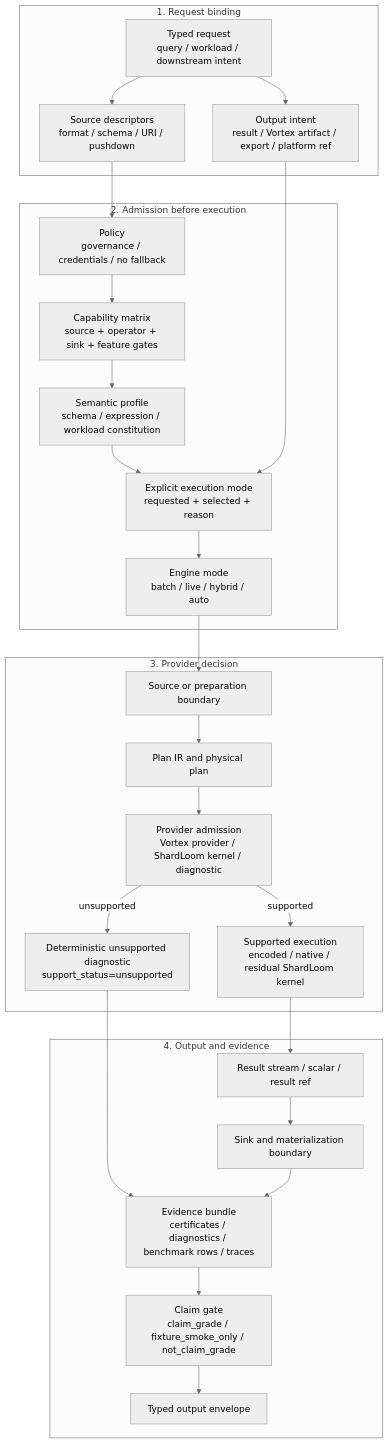
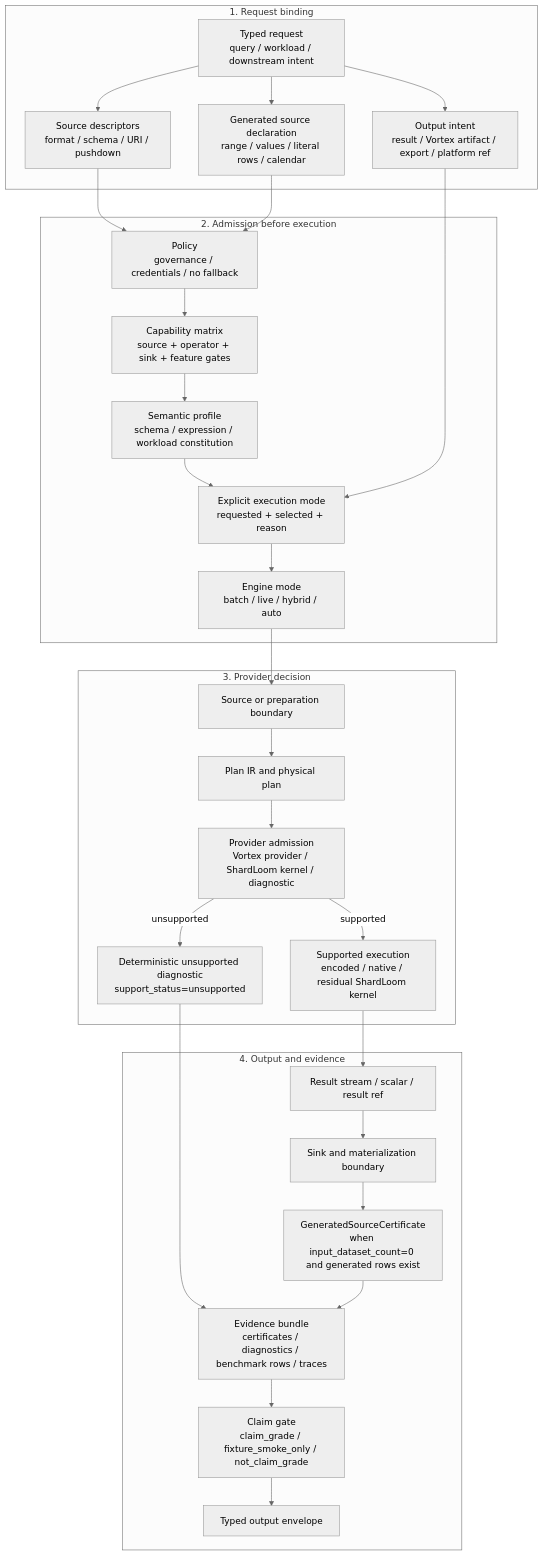
Before and after one commit to depsilon/shardloom: the second of 6 diagrams in website/assets/data/compute-engine-flow-reference.md, drawn with Mermaid (neutral theme). The commit also changed other lines of this file and 98 other files, not shown here.

````diff
--- a/website/assets/data/compute-engine-flow-reference.md
+++ b/website/assets/data/compute-engine-flow-reference.md
@@ -193,41 +207,45 @@
 ```mermaid
 flowchart TD
     subgraph REQUEST_PHASE["1. Request binding"]
         REQUEST["Typed request<br/>query / workload / downstream intent"]
         SOURCE["Source descriptors<br/>format / schema / URI / pushdown"]
+        GENERATED_SOURCE["Generated source declaration<br/>range / values / literal rows / calendar"]
         OUTPUT_INTENT["Output intent<br/>result / Vortex artifact / export / platform ref"]
     end
 
     subgraph ADMISSION_PHASE["2. Admission before execution"]
         POLICY["Policy<br/>governance / credentials / no fallback"]
         CAPABILITY["Capability matrix<br/>source + operator + sink + feature gates"]
         SEMANTICS["Semantic profile<br/>schema / expression / workload constitution"]
         MODE["Explicit execution mode<br/>requested + selected + reason"]
         ENGINE["Engine mode<br/>batch / live / hybrid / auto"]
     end
 
     subgraph EXECUTION_PHASE["3. Provider decision"]
         BOUNDARY["Source or preparation boundary"]
         PLAN["Plan IR and physical plan"]
         ADMISSION["Provider admission<br/>Vortex provider / ShardLoom kernel / diagnostic"]
         DIAGNOSTIC["Deterministic unsupported diagnostic<br/>support_status=unsupported"]
         EXECUTE["Supported execution<br/>encoded / native / residual ShardLoom kernel"]
     end
 
     subgraph OUTPUT_PHASE["4. Output and evidence"]
         RESULT["Result stream / scalar / result ref"]
         SINK["Sink and materialization boundary"]
+        GENERATED_CERT["GeneratedSourceCertificate<br/>when input_dataset_count=0 and generated rows exist"]
         EVIDENCE["Evidence bundle<br/>certificates / diagnostics / benchmark rows / traces"]
         CLAIM["Claim gate<br/>claim_grade / fixture_smoke_only / not_claim_grade"]
         ENVELOPE["Typed output envelope"]
     end
 
     REQUEST --> SOURCE
+    REQUEST --> GENERATED_SOURCE
     REQUEST --> OUTPUT_INTENT
     SOURCE --> POLICY --> CAPABILITY --> SEMANTICS --> MODE --> ENGINE
+    GENERATED_SOURCE --> POLICY
     OUTPUT_INTENT --> MODE
     ENGINE --> BOUNDARY --> PLAN --> ADMISSION
     ADMISSION -->|"unsupported"| DIAGNOSTIC --> EVIDENCE
-    ADMISSION -->|"supported"| EXECUTE --> RESULT --> SINK --> EVIDENCE
+    ADMISSION -->|"supported"| EXECUTE --> RESULT --> SINK --> GENERATED_CERT --> EVIDENCE
     EVIDENCE --> CLAIM --> ENVELOPE
 ```
````
